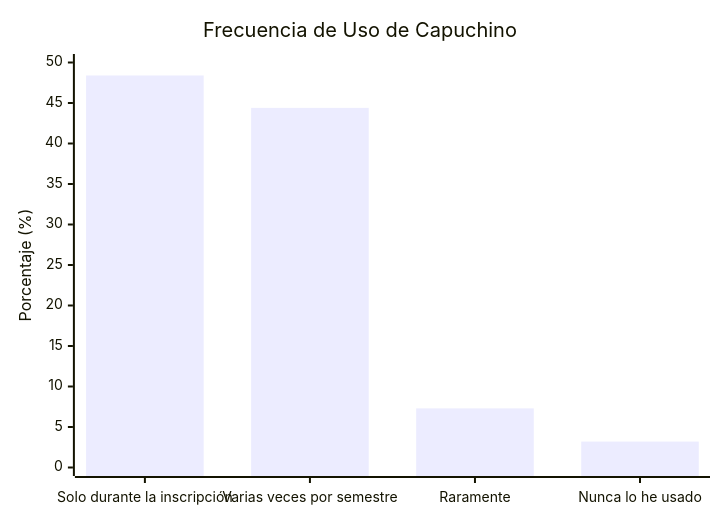
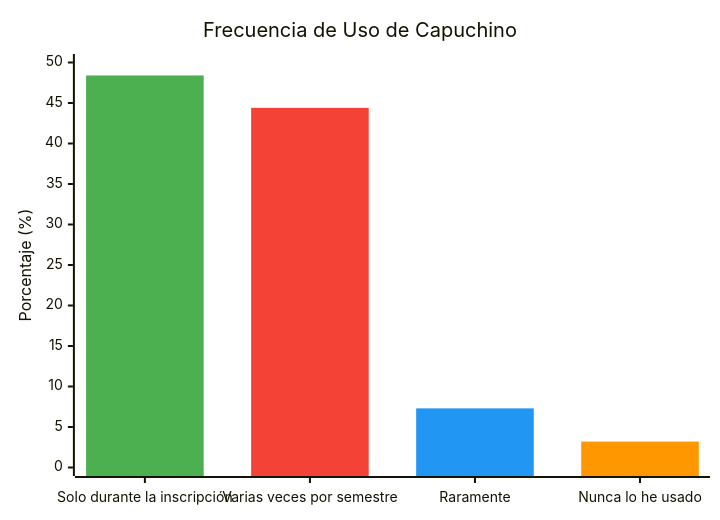
One commit to smith-3/Taller-Grado-II changed the diagram in images/diagrams/encuesta_uso_capuchino.mmd. Above: the diagram before and after it, drawn with Mermaid. The commit also changed 10 other files, not shown here.

```diff
--- a/images/diagrams/encuesta_uso_capuchino.mmd
+++ b/images/diagrams/encuesta_uso_capuchino.mmd
@@ -1,5 +1,20 @@
+%%{init: {
+  'theme': 'default',
+  'themeVariables': {
+    'xyChart': {
+      'plotColorPalette': '#4CAF50, #F44336, #2196F3, #FF9800'
+    }
+  }
+}}%%
 xychart-beta
     title "Frecuencia de Uso de Capuchino"
     x-axis ["Solo durante la inscripción", "Varias veces por semestre", "Raramente", "Nunca lo he usado"]
     y-axis "Porcentaje (%)" 0 --> 50
-    bar [48.4, 44.4, 7.3, 3.2]
+    %% Solo durante la inscripción -> verde
+    bar [48.4, -1.9, -1.9, -1.9]
+    %% Varias veces por semestre -> rojo
+    bar [-1.9, 44.4, -1.9, -1.9]
+    %% Raramente -> azul
+    bar [-1.9, -1.9, 7.3, -1.9]
+    %% Nunca lo he usado -> naranja
+    bar [-1.9, -1.9, -1.9, 3.2]
```
